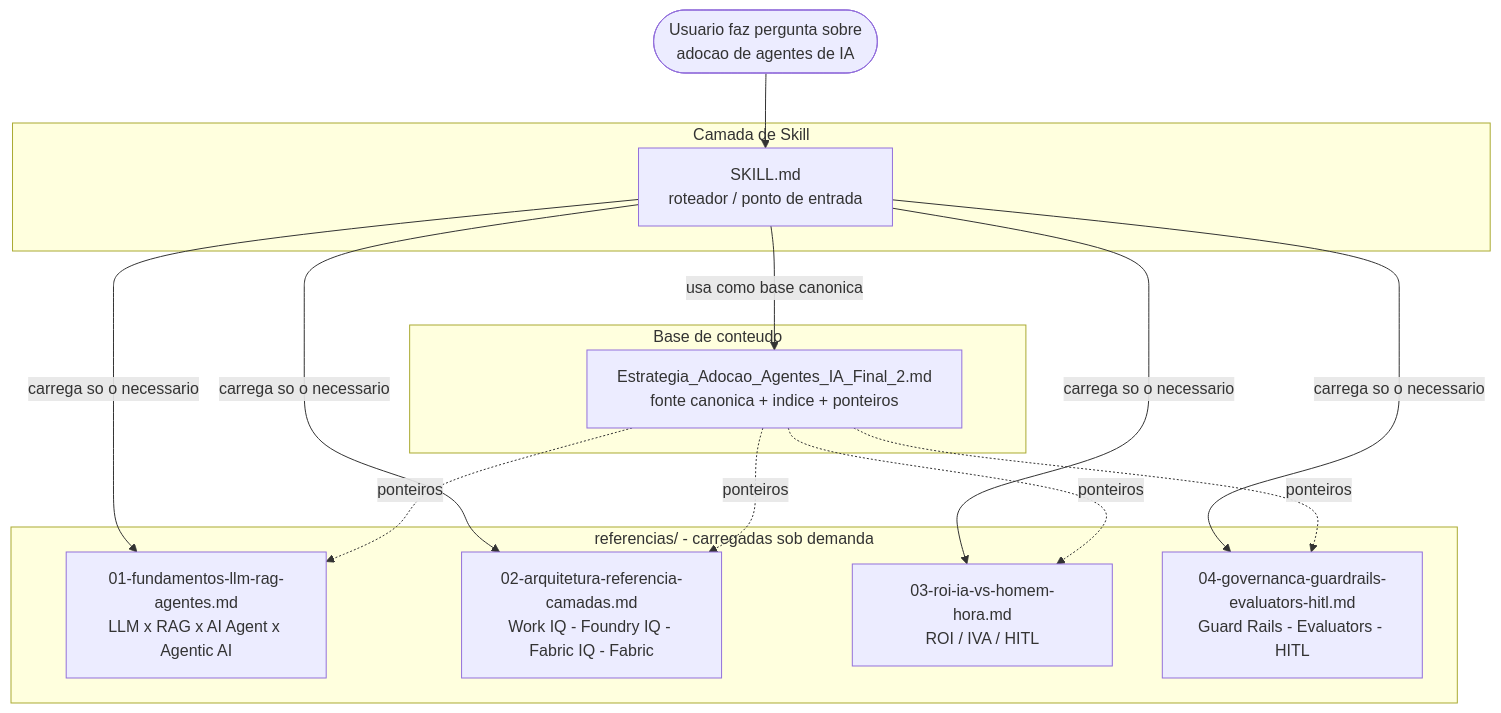
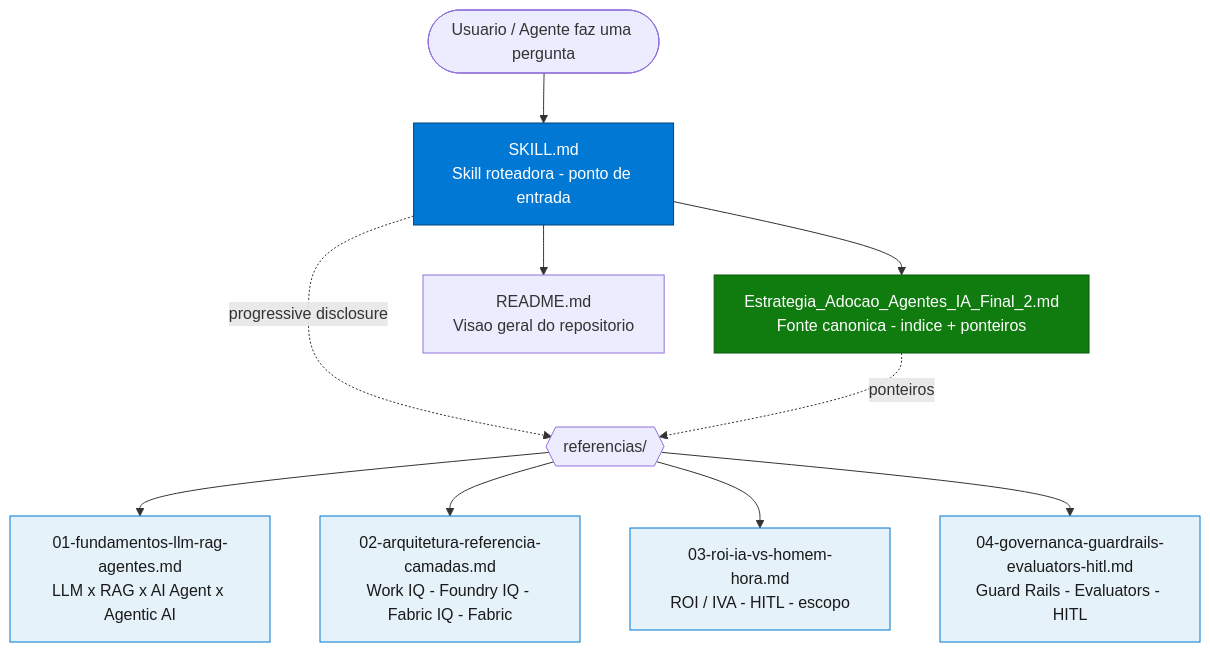
One commit to fabioharams/hubsp-ai-skill changed the first of 2 diagrams in README.md. Above: the diagram before and after it, drawn with Mermaid. The commit also changed other lines of this file, not shown here.

Commit message:
adicionando diagramas

````diff
--- a/README.md
+++ b/README.md
@@ -33,30 +31,22 @@
 ```mermaid
-flowchart TD
-    User([Usuario faz pergunta sobre<br/>adocao de agentes de IA])
+graph TD
+    USER([Usuario / Agente faz uma pergunta]) --> SKILL[SKILL.md<br/>Skill roteadora - ponto de entrada]
+    SKILL --> CANON[Estrategia_Adocao_Agentes_IA_Final_2.md<br/>Fonte canonica - indice + ponteiros]
 
-    subgraph Skill["Camada de Skill"]
-        SKILL[SKILL.md<br/>roteador / ponto de entrada]
-    end
+    SKILL -. progressive disclosure .-> REF{{referencias/}}
+    CANON -. ponteiros .-> REF
 
-    subgraph Base["Base de conteudo"]
-        GUIA[Estrategia_Adocao_Agentes_IA_Final_2.md<br/>fonte canonica + indice + ponteiros]
-    end
+    REF --> R1[01-fundamentos-llm-rag-agentes.md<br/>LLM x RAG x AI Agent x Agentic AI]
+    REF --> R2[02-arquitetura-referencia-camadas.md<br/>Work IQ - Foundry IQ - Fabric IQ - Fabric]
+    REF --> R3[03-roi-ia-vs-homem-hora.md<br/>ROI / IVA - HITL - escopo]
+    REF --> R4[04-governanca-guardrails-evaluators-hitl.md<br/>Guard Rails - Evaluators - HITL]
 
-    subgraph Refs["referencias/ - carregadas sob demanda"]
-        R1[01-fundamentos-llm-rag-agentes.md<br/>LLM x RAG x AI Agent x Agentic AI]
-        R2[02-arquitetura-referencia-camadas.md<br/>Work IQ - Foundry IQ - Fabric IQ - Fabric]
-        R3[03-roi-ia-vs-homem-hora.md<br/>ROI / IVA / HITL]
-        R4[04-governanca-guardrails-evaluators-hitl.md<br/>Guard Rails - Evaluators - HITL]
-    end
+    SKILL --> README[README.md<br/>Visao geral do repositorio]
 
-    User --> SKILL
-    SKILL -->|usa como base canonica| GUIA
-    SKILL -->|carrega so o necessario| R1
-    SKILL -->|carrega so o necessario| R2
-    SKILL -->|carrega so o necessario| R3
-    SKILL -->|carrega so o necessario| R4
-    GUIA -.ponteiros.-> R1
-    GUIA -.ponteiros.-> R2
-    GUIA -.ponteiros.-> R3
-    GUIA -.ponteiros.-> R4
+    classDef entry fill:#0078D4,stroke:#004578,color:#fff;
+    classDef canon fill:#107C10,stroke:#0B5A0B,color:#fff;
+    classDef ref fill:#E6F2FA,stroke:#0078D4,color:#1a1a1a;
+    class SKILL entry;
+    class CANON canon;
+    class R1,R2,R3,R4 ref;
 ```
````
